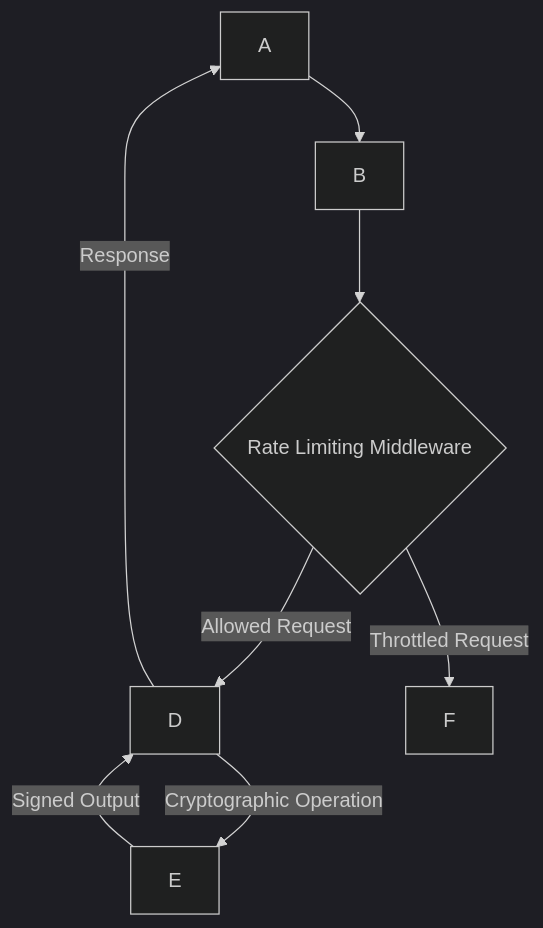
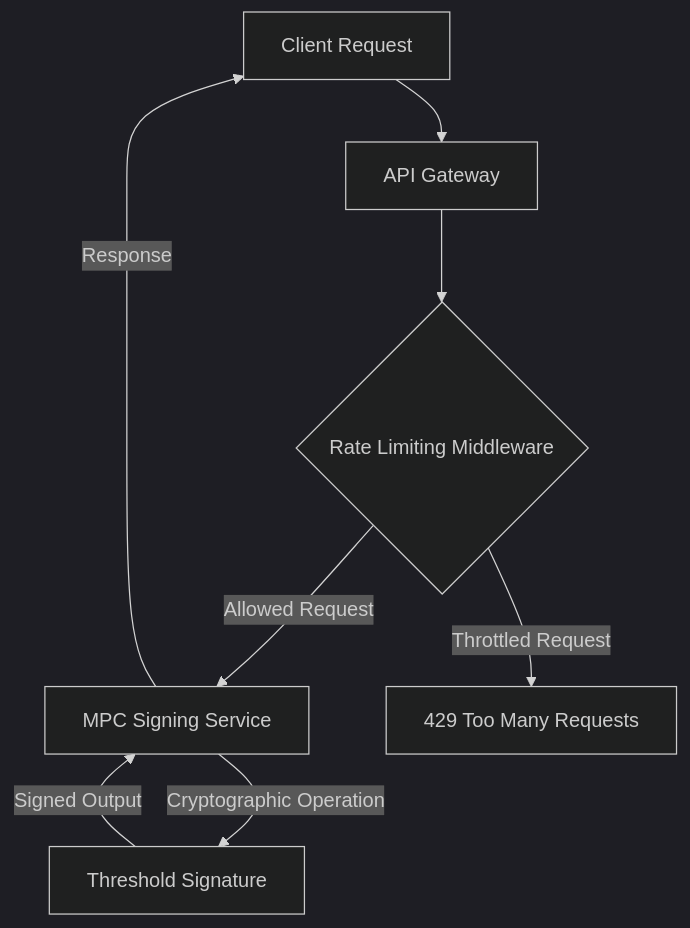
The third of 5 diagrams in Workplace/Interview/Blockchain/Posts/MPCWalletEngineer/Architecture/LinerSDR.md (ljg-cqu/knowledge), drawn with Mermaid (dark theme) before and after one commit. The commit also changed other lines of this file and 12 other files, not shown here.

First line of the commit message:
Refactor MPC Wallet Architecture Documentation

````diff
--- a/Workplace/Interview/Blockchain/Posts/MPCWalletEngineer/Architecture/LinerSDR.md
+++ b/Workplace/Interview/Blockchain/Posts/MPCWalletEngineer/Architecture/LinerSDR.md
@@ -287,10 +384,18 @@
 ```mermaid
+
 graph TD
-    A --> B
+    A[Client Request] --> B[API Gateway]
     B --> C{Rate Limiting Middleware}
-    C -- Allowed Request --> D
-    D -- Cryptographic Operation --> E
+    C -- Allowed Request --> D[MPC Signing Service]
+    D -- Cryptographic Operation --> E[Threshold Signature]
     E -- Signed Output --> D
     D -- Response --> A
-    C -- Throttled Request --> F
+    C -- Throttled Request --> F[429 Too Many Requests]
+
+
+
+
+
+
+
 ```
````
